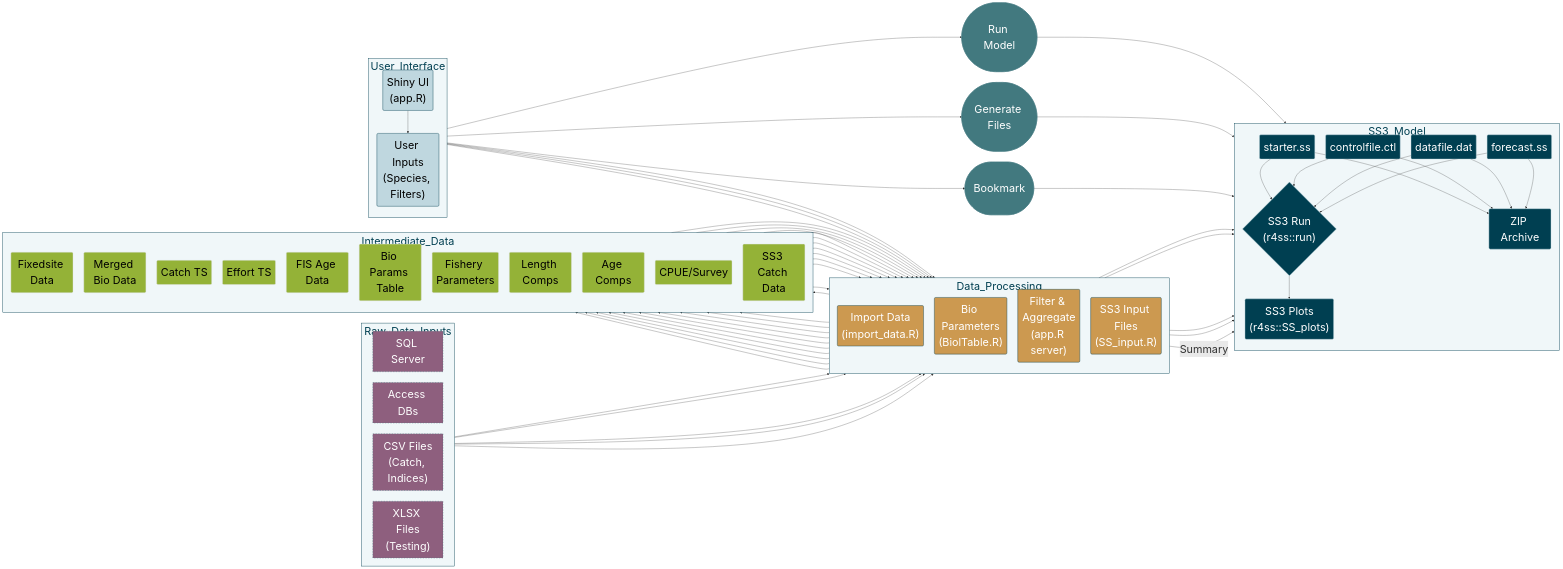
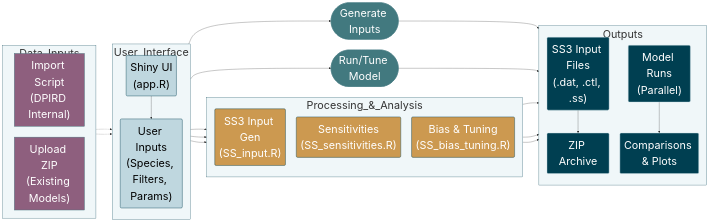
Before and after one commit to BMC1986/Shiny-FishAssess: the diagram in README.md, drawn with Mermaid. The commit also changed other lines of this file, not shown here.

Commit message:
revised to reflect new file structure

````diff
--- a/README.md
+++ b/README.md
@@ -95,139 +73,72 @@
   }
 }}%%
 graph LR
-  subgraph Raw_Data_Inputs
+  subgraph Data_Inputs
     direction LR
-    A1_sql["SQL Server"]:::rawdata
-    A1_mdb["Access DBs"]:::rawdata
-    A1_csv["CSV Files<br>(Catch, Indices)"]:::rawdata
-    A1_rdata["XLSX Files<br>(Testing)"]:::rawdata
+    A1_script["Import Script<br>(DPIRD Internal)"]:::rawdata
+    A1_zip["Upload ZIP<br>(Existing Models)"]:::rawdata
   end
 
   subgraph User_Interface
     direction TB
     UI("Shiny UI<br>(app.R)"):::usercontrol
-    UI_inputs("User Inputs<br>(Species, Filters)"):::usercontrol
+    UI_inputs("User Inputs<br>(Species, Filters, Params)"):::usercontrol
   end
 
-  subgraph Data_Processing
+  subgraph Processing_&_Analysis
     direction TB
-    P1("Import Data<br>(import_data.R)"):::processing
-    P2("Bio Parameters<br>(BiolTable.R)"):::processing
-    P3("Filter & Aggregate<br>(app.R server)"):::processing
-    P4("SS3 Input Files<br>(SS_input.R)"):::processing
+    P1("SS3 Input Gen<br>(SS_input.R)"):::processing
+    P2("Sensitivities<br>(SS_sensitivities.R)"):::processing
+    P3("Bias & Tuning<br>(SS_bias_tuning.R)"):::processing
   end
 
-  subgraph Intermediate_Data
+  subgraph Outputs
     direction TB
-    D1("Fixedsite Data"):::interdata
-    D2("Merged Bio Data"):::interdata
-    D3("Catch TS"):::interdata
-    D4("Effort TS"):::interdata
-    D5("FIS Age Data"):::interdata
-    D6("Bio Params Table"):::interdata
-    D7("Fishery Parameters"):::interdata
-    D8("Length Comps"):::interdata
-    D9("Age Comps"):::interdata
-    D10("CPUE/Survey"):::interdata
-    D11("SS3 Catch Data"):::interdata
-  end
-
-  subgraph SS3_Model
-    direction TB
-    O1("starter.ss"):::ss3output
-    O2("controlfile.ctl"):::ss3output
-    O3("datafile.dat"):::ss3output
-    O4("forecast.ss"):::ss3output
-    M1{"SS3 Run<br>(r4ss::run)"}:::ss3output
-    O5("SS3 Plots<br>(r4ss::SS_plots)"):::ss3output
-    O6("ZIP Archive"):::ss3output
+    O1("SS3 Input Files<br>(.dat, .ctl, .ss)"):::ss3output
+    O2("Model Runs<br>(Parallel)"):::ss3output
+    O3("Comparisons & Plots"):::ss3output
+    O4("ZIP Archive"):::ss3output
   end
 
   %% Action Nodes
-  ActionRunModel([Run Model]):::actionbutton
-  ActionGenerateFiles([Generate Files]):::actionbutton
-  ActionBookmark([Bookmark]):::actionbutton
+  ActionGenerate([Generate Inputs]):::actionbutton
+  ActionRun([Run/Tune Model]):::actionbutton
 
   %% Data Flow
-  A1_sql --> P1
-  A1_mdb --> P1
-  A1_csv --> P1
-  A1_rdata --> P1
+  A1_script -.-> UI
+  A1_zip -.-> UI
+  
+  UI --> UI_inputs
+  UI_inputs --> P1
+  UI_inputs --> P2
+  UI_inputs --> P3
 
-  UI --> UI_inputs
+  P1 --> O1
+  O1 --> O4
+  
+  P2 --> O2
+  P3 --> O2
+  
+  O2 --> O3
+  
+  UI_inputs --> ActionGenerate --> O4
+  UI_inputs --> ActionRun --> O2
 
-  P1 --> D1
-  P1 --> D2
-  P1 --> D3
-  P1 --> D4
-  P1 --> D5
-  
-  A1_rdata --> P2
-  UI_inputs --> P2
-  P2 --> D6
-
-  UI_inputs --> P3
-  D1 --> P3
-  D2 --> P3
-  D3 --> P3
-  D4 --> P3
-  D5 --> P3
-  D6 --> P3
-  P3 --> D7
-  P3 --> D8
-  P3 --> D9
-  P3 --> D10
-  P3 --> D11
-
-  D6 --> P4
-  D7 --> P4
-  D8 --> P4
-  D9 --> P4
-  D10 --> P4
-  D11 --> P4
-  UI_inputs --> P4
-
-  P4 --> O1
-  P4 --> O2
-  P4 --> O3
-  P4 --> O4
-  
-  UI_inputs --> ActionRunModel --> M1
-  O1 --> M1
-  O2 --> M1
-  O3 --> M1
-  O4 --> M1
-  M1 --> O5
-  
-  UI_inputs --> ActionGenerateFiles --> O6
-  O1 --> O6
-  O2 --> O6
-  O3 --> O6
-  O4 --> O6
-  P3 -->|Summary| O6
-  UI_inputs --> ActionBookmark --> O6
-
-  %% Styling - DPIRD Theme
-  classDef rawdata fill:#8E5F7E,stroke:#42797F,color:#FFFFFF,stroke-width:1.5px,stroke-dasharray:5,border-radius:5px
+  %% Styling
+  classDef rawdata fill:#8E5F7E,stroke:#42797F,color:#FFFFFF,stroke-width:1.5px,border-radius:5px
   classDef usercontrol fill:#BFD7DF,stroke:#003F51,color:#000000,stroke-width:1.5px,border-radius:5px
   classDef processing fill:#CC9950,stroke:#003F51,color:#FFFFFF,stroke-width:1.5px,border-radius:5px
-  classDef interdata fill:#94B237,stroke:#DEE2E6,color:#000000,stroke-width:1.5px,border-radius:5px
   classDef ss3output fill:#003F51,stroke:#BFD7DF,color:#FFFFFF,stroke-width:1.5px,border-radius:5px
-  classDef actionbutton fill:#42797F,stroke:#42797F,color:#FFFFFF,stroke-width:1.5px,border-radius:10px,padding:5px
+  classDef actionbutton fill:#42797F,stroke:#42797F,color:#FFFFFF,stroke-width:1.5px,border-radius:10px
 
-  class A1_sql,A1_mdb,A1_csv,A1_rdata rawdata
+  class A1_script,A1_zip rawdata
   class UI,UI_inputs usercontrol
-  class P1,P2,P3,P4 processing
-  class D1,D2,D3,D4,D5,D6,D7,D8,D9,D10,D11 interdata
-  class O1,O2,O3,O4,M1,O5,O6 ss3output
-  class ActionRunModel,ActionGenerateFiles,ActionBookmark actionbutton
+  class P1,P2,P3 processing
+  class O1,O2,O3,O4 ss3output
+  class ActionGenerate,ActionRun actionbutton
 
-
-  %% Subgraph specific styling
-  style Raw_Data_Inputs fill:#F0F7F9,stroke:#003F51,color:#003F51,stroke-width:1.5px,border-radius:5px
-  style User_Interface fill:#F0F7F9,stroke:#003F51,color:#003F51,stroke-width:1.5px,border-radius:5px
-  style Data_Processing fill:#F0F7F9,stroke:#003F51,color:#003F51,stroke-width:1.5px,border-radius:5px
-  style Intermediate_Data fill:#F0F7F9,stroke:#003F51,color:#003F51,stroke-width:1.5px,border-radius:5px
-  style SS3_Model fill:#F0F7F9,stroke:#003F51,color:#003F51,stroke-width:1.5px,border-radius:5px
-
+  style Data_Inputs fill:#F0F7F9,stroke:#003F51
+  style User_Interface fill:#F0F7F9,stroke:#003F51
+  style Processing_&_Analysis fill:#F0F7F9,stroke:#003F51
+  style Outputs fill:#F0F7F9,stroke:#003F51
 ```
````
